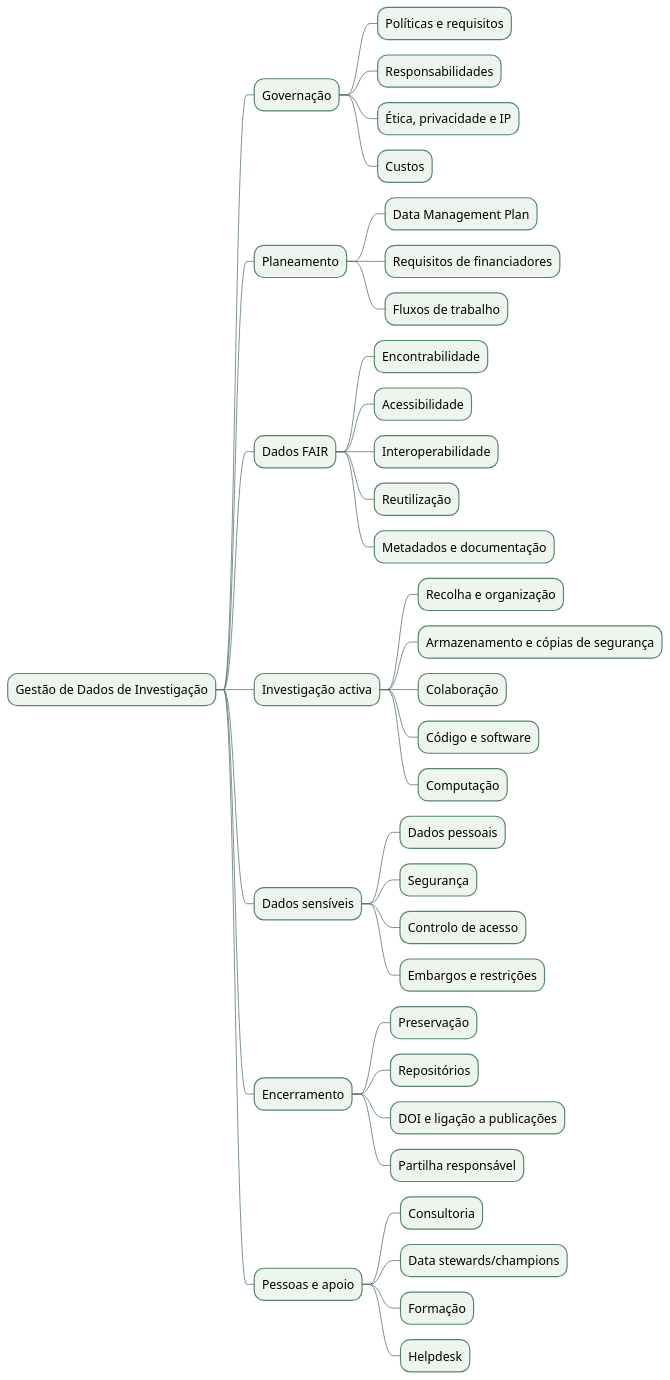
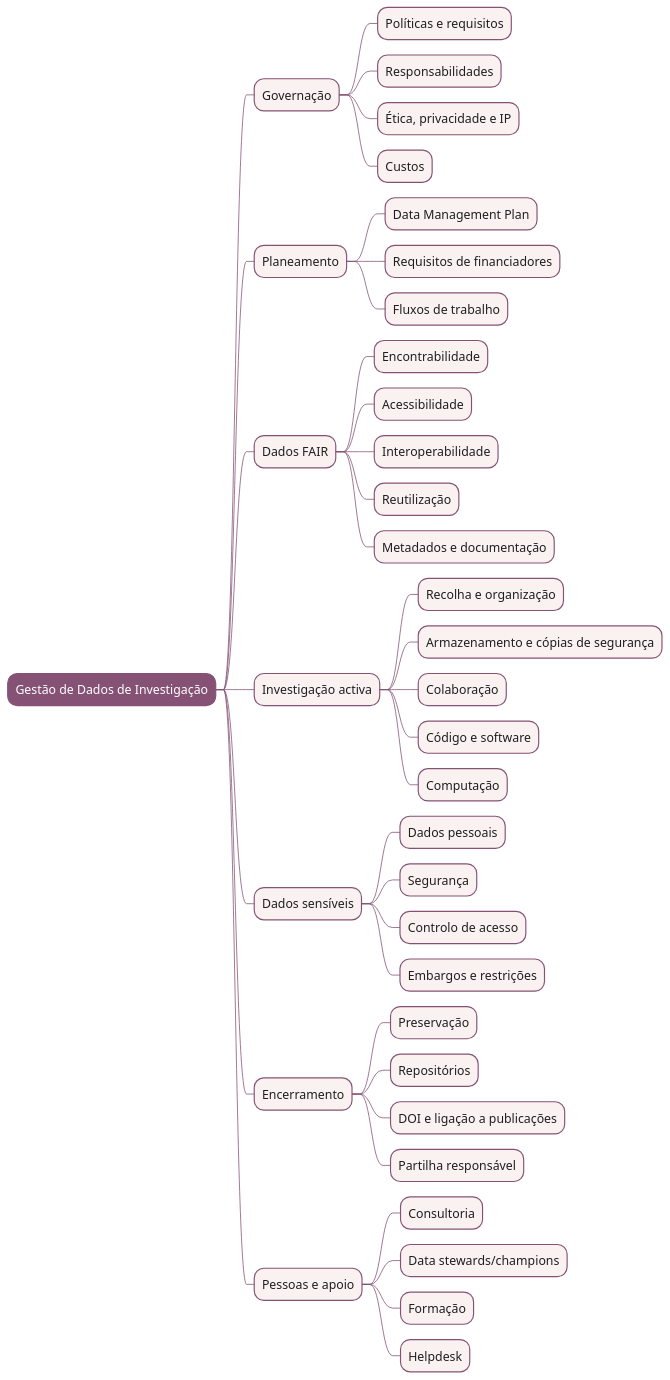
The diagram in diagrams/mind-map-1.puml (nunobett/formigas), drawn with PlantUML before and after one commit. The commit also changed 20 other files, not shown here.

```diff
--- a/diagrams/mind-map-1.puml
+++ b/diagrams/mind-map-1.puml
@@ -1,46 +1,62 @@
 @startmindmap
 skinparam backgroundColor white
 skinparam defaultFontName SansSerif
 skinparam defaultFontSize 16
 skinparam shadowing false
-skinparam ArrowColor #557568
-skinparam nodeBorderColor #558570
-skinparam nodeBackgroundColor #EEF5EF
+skinparam ArrowColor #855275
+skinparam nodeBorderColor #855275
+skinparam nodeBackgroundColor #FAF2F0
+<style>
+mindmapDiagram {
+  node {
+    BackgroundColor #FAF2F0
+    LineColor #855275
+    FontColor #1F1F1F
+  }
+  rootNode {
+    BackgroundColor #855275
+    FontColor #FFFFFF
+  }
+  arrow {
+    LineColor #855275
+  }
+}
+</style>
 * Gestão de Dados de Investigação
 ** Governação
 *** Políticas e requisitos
 *** Responsabilidades
 *** Ética, privacidade e IP
 *** Custos
 ** Planeamento
 *** Data Management Plan
 *** Requisitos de financiadores
 *** Fluxos de trabalho
 ** Dados FAIR
 *** Encontrabilidade
 *** Acessibilidade
 *** Interoperabilidade
 *** Reutilização
 *** Metadados e documentação
 ** Investigação activa
 *** Recolha e organização
 *** Armazenamento e cópias de segurança
 *** Colaboração
 *** Código e software
 *** Computação
 ** Dados sensíveis
 *** Dados pessoais
 *** Segurança
 *** Controlo de acesso
 *** Embargos e restrições
 ** Encerramento
 *** Preservação
 *** Repositórios
 *** DOI e ligação a publicações
 *** Partilha responsável
 ** Pessoas e apoio
 *** Consultoria
 *** Data stewards/champions
 *** Formação
 *** Helpdesk
 @endmindmap
```
